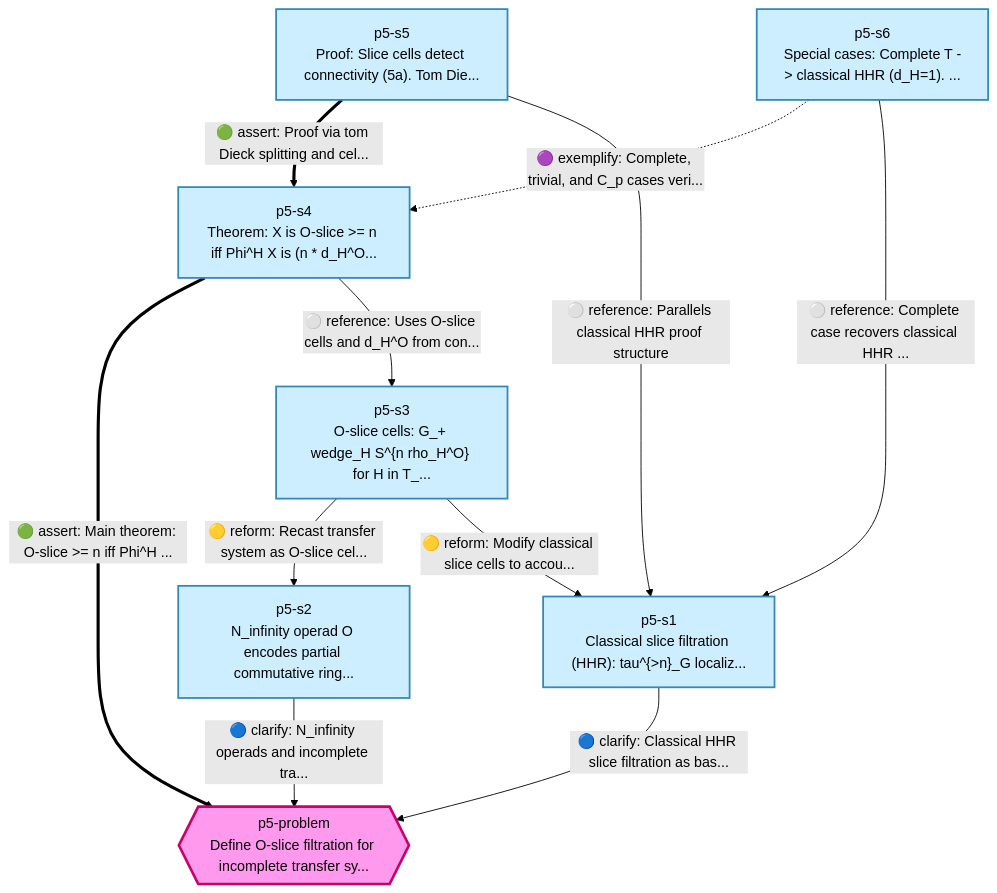
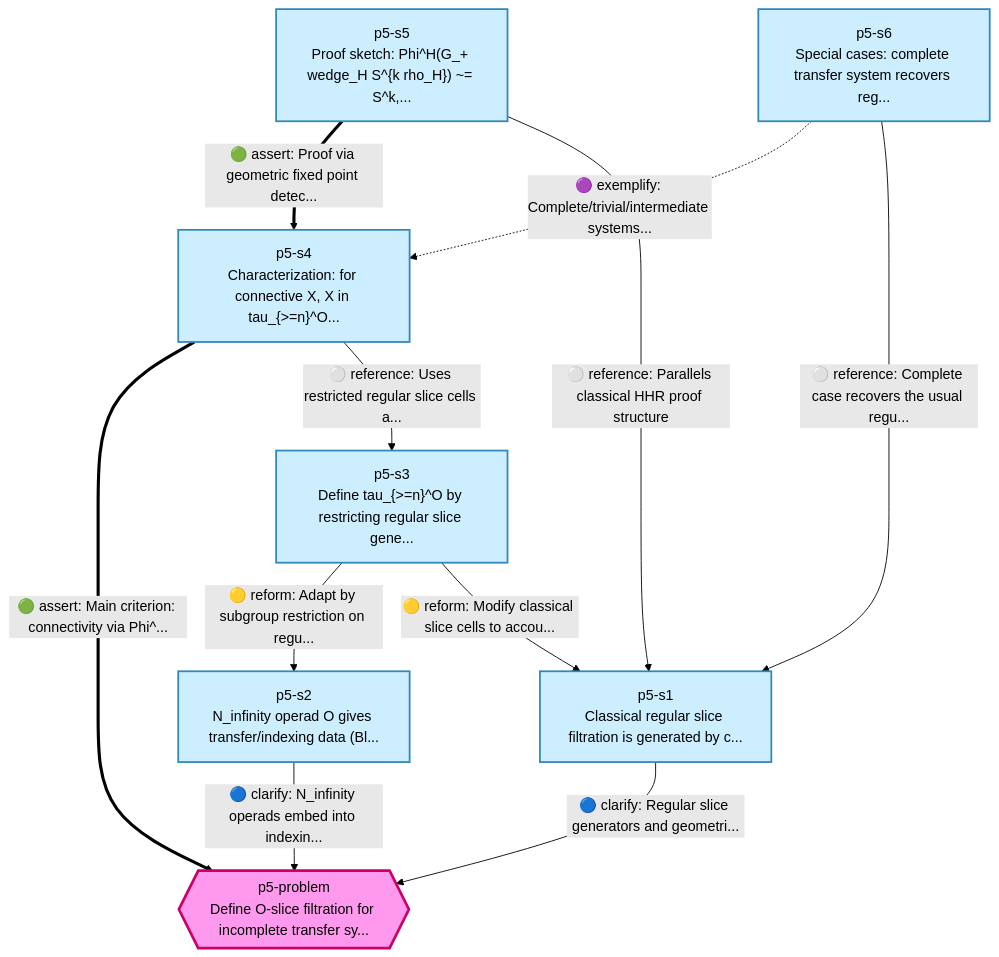
The diagram in data/first-proof/problem5-v1.mmd (tothedarktowercame/futon6), drawn with Mermaid (forest theme) before and after one commit. The commit also changed 3 other files, not shown here.

Commit message:
Refine Problem 5 slice logic and citation grounding

```diff
--- a/data/first-proof/problem5-v1.mmd
+++ b/data/first-proof/problem5-v1.mmd
@@ -1,33 +1,33 @@
 flowchart TD
     %% first-proof-p5
 
     %% Edge type legend:
     %% assert=solid thick  challenge=dashed red  reform=solid yellow
     %% clarify=solid blue  exemplify=dashed purple  reference=solid gray
 
     %% Nodes
     p5-problem{{"p5-problem<br/>Define O-slice filtration for incomplete transfer sy..."}}
-    p5-s1["p5-s1<br/>Classical slice filtration (HHR): tau^{>n}_G localiz..."]
-    p5-s2["p5-s2<br/>N_infinity operad O encodes partial commutative ring..."]
-    p5-s3["p5-s3<br/>O-slice cells: G_+ wedge_H S^{n rho_H^O} for H in T_..."]
-    p5-s4["p5-s4<br/>Theorem: X is O-slice >= n iff Phi^H X is (n * d_H^O..."]
-    p5-s5["p5-s5<br/>Proof: Slice cells detect connectivity (5a). Tom Die..."]
-    p5-s6["p5-s6<br/>Special cases: Complete T -> classical HHR (d_H=1). ..."]
+    p5-s1["p5-s1<br/>Classical regular slice filtration is generated by c..."]
+    p5-s2["p5-s2<br/>N_infinity operad O gives transfer/indexing data (Bl..."]
+    p5-s3["p5-s3<br/>Define tau_{>=n}^O by restricting regular slice gene..."]
+    p5-s4["p5-s4<br/>Characterization: for connective X, X in tau_{>=n}^O..."]
+    p5-s5["p5-s5<br/>Proof sketch: Phi^H(G_+ wedge_H S^{k rho_H}) ~= S^k,..."]
+    p5-s6["p5-s6<br/>Special cases: complete transfer system recovers reg..."]
 
     %% Edges
-    p5-s1 -->|"🔵 clarify: Classical HHR slice filtration as bas..."| p5-problem
-    p5-s2 -->|"🔵 clarify: N_infinity operads and incomplete tra..."| p5-problem
-    p5-s3 -->|"🟡 reform: Recast transfer system as O-slice cel..."| p5-s2
+    p5-s1 -->|"🔵 clarify: Regular slice generators and geometri..."| p5-problem
+    p5-s2 -->|"🔵 clarify: N_infinity operads embed into indexin..."| p5-problem
+    p5-s3 -->|"🟡 reform: Adapt by subgroup restriction on regu..."| p5-s2
     p5-s3 -->|"🟡 reform: Modify classical slice cells to accou..."| p5-s1
-    p5-s4 ==>|"🟢 assert: Main theorem: O-slice >= n iff Phi^H ..."| p5-problem
-    p5-s4 -->|"⚪ reference: Uses O-slice cells and d_H^O from con..."| p5-s3
-    p5-s5 ==>|"🟢 assert: Proof via tom Dieck splitting and cel..."| p5-s4
+    p5-s4 ==>|"🟢 assert: Main criterion: connectivity via Phi^..."| p5-problem
+    p5-s4 -->|"⚪ reference: Uses restricted regular slice cells a..."| p5-s3
+    p5-s5 ==>|"🟢 assert: Proof via geometric fixed point detec..."| p5-s4
     p5-s5 -->|"⚪ reference: Parallels classical HHR proof structure"| p5-s1
-    p5-s6 -.->|"🟣 exemplify: Complete, trivial, and C_p cases veri..."| p5-s4
-    p5-s6 -->|"⚪ reference: Complete case recovers classical HHR ..."| p5-s1
+    p5-s6 -.->|"🟣 exemplify: Complete/trivial/intermediate systems..."| p5-s4
+    p5-s6 -->|"⚪ reference: Complete case recovers the usual regu..."| p5-s1
 
     %% Styling
     classDef question fill:#f9e,stroke:#c06,stroke-width:3px
     class p5-problem question
     classDef answer fill:#cef,stroke:#38b,stroke-width:2px
     class p5-s1,p5-s2,p5-s3,p5-s4,p5-s5,p5-s6 answer
```
